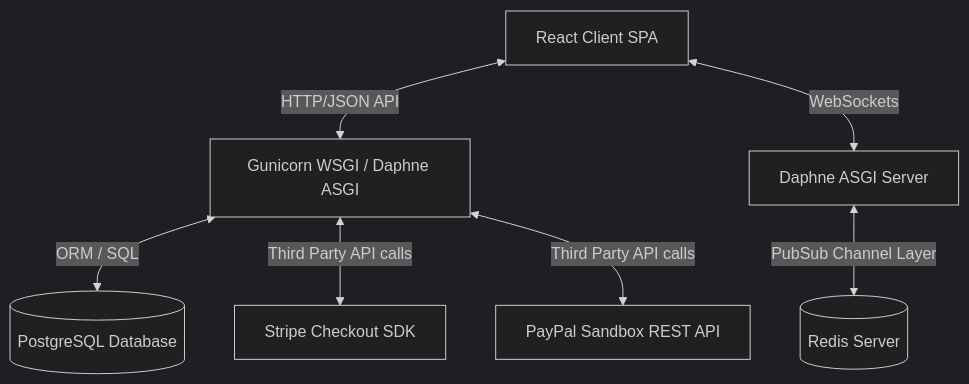
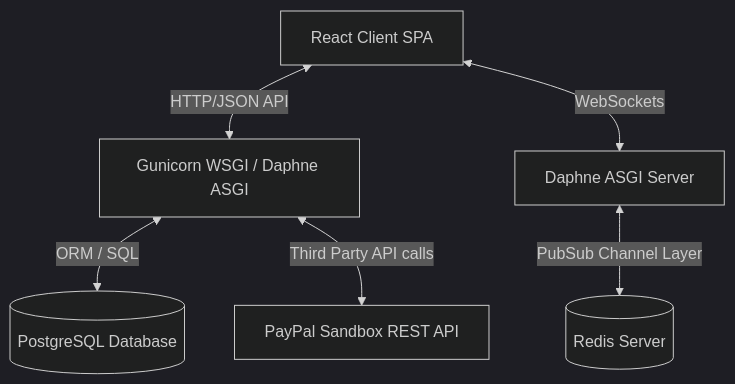
One commit to tania2310/LightLearn-LMS changed the first of 6 diagrams in ARCHITECTURE.md. Above: the diagram before and after it, drawn with Mermaid (dark theme). The commit also changed other lines of this file and 50 other files, not shown here.

Commit message:
Implemented PayPal payment flow and LMS updates

````diff
--- a/ARCHITECTURE.md
+++ b/ARCHITECTURE.md
@@ -9,9 +9,8 @@
 ```mermaid
 graph TD
     Client[React Client SPA] <-->|HTTP/JSON API| Django[Gunicorn WSGI / Daphne ASGI]
     Client <-->|WebSockets| Daphne[Daphne ASGI Server]
     Django <-->|ORM / SQL| DB[(PostgreSQL Database)]
     Daphne <-->|PubSub Channel Layer| Redis[(Redis Server)]
-    Django <-->|Third Party API calls| Stripe[Stripe Checkout SDK]
     Django <-->|Third Party API calls| PayPal[PayPal Sandbox REST API]
 ```
````
